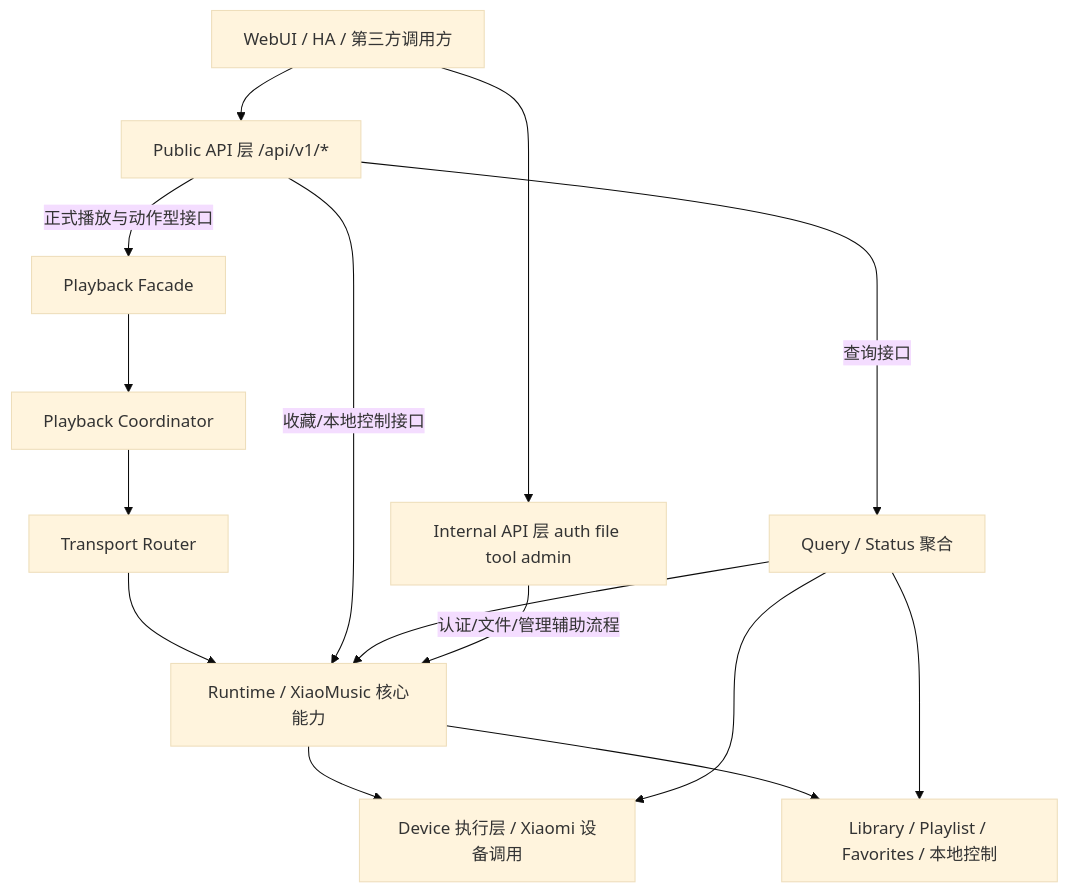
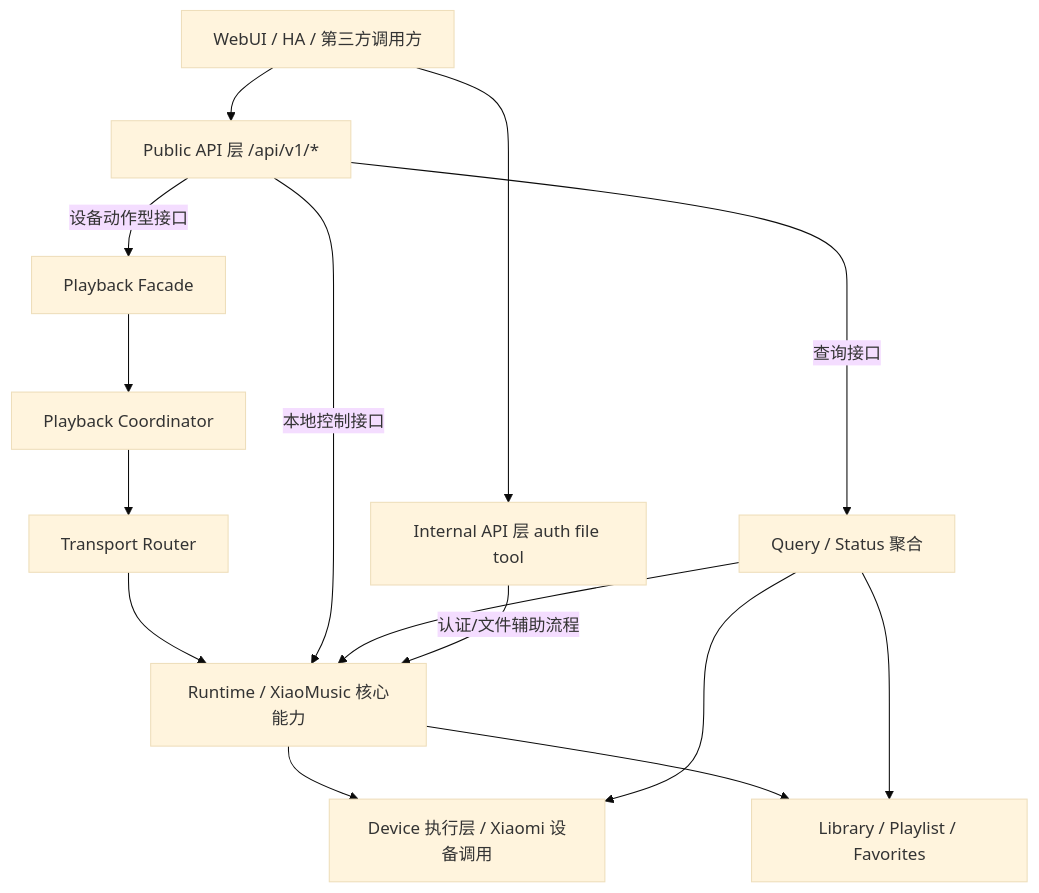
The diagram in ARCHITECTURE.md (Akari787/xiaomusic-core), drawn with Mermaid (base theme) before and after one commit. The commit also changed other lines of this file and 3 other files, not shown here.

Commit message:
docs: minimal closure patch - clean README, ARCHITECTURE, authentication_architecture, unified_playback_model

````diff
--- a/ARCHITECTURE.md
+++ b/ARCHITECTURE.md
@@ -127,34 +62,34 @@
 ```mermaid
 flowchart TD
     U[WebUI / HA / 第三方调用方]
     P[Public API 层 /api/v1/*]
-    I[Internal API 层 auth file tool admin]
+    I[Internal API 层 auth file tool]
 
     F[Playback Facade]
     C[Playback Coordinator]
     T[Transport Router]
 
     X[Runtime / XiaoMusic 核心能力]
     D[Device 执行层 / Xiaomi 设备调用]
-    L[Library / Playlist / Favorites / 本地控制]
+    L[Library / Playlist / Favorites]
     Q[Query / Status 聚合]
 
     U --> P
     U --> I
 
-    P -->|正式播放与动作型接口| F
+    P -->|设备动作型接口| F
     F --> C
     C --> T
     T --> X
     X --> D
 
-    P -->|收藏/本地控制接口| X
+    P -->|本地控制接口| X
     X --> L
 
     P -->|查询接口| Q
     Q --> X
     Q --> D
     Q --> L
 
-    I -->|认证/文件/管理辅助流程| X
+    I -->|认证/文件辅助流程| X
 ```
````
